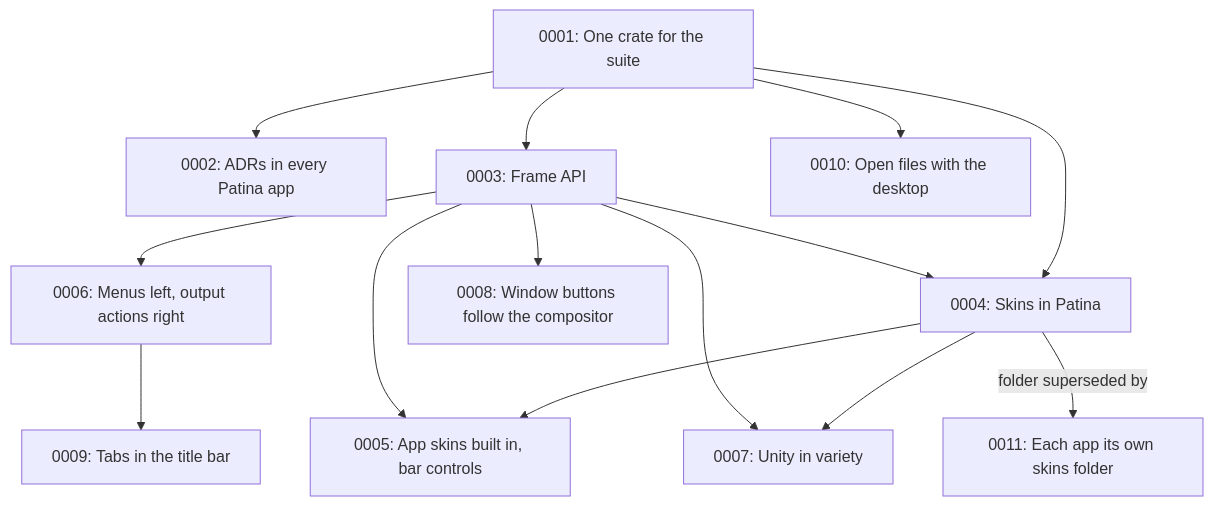
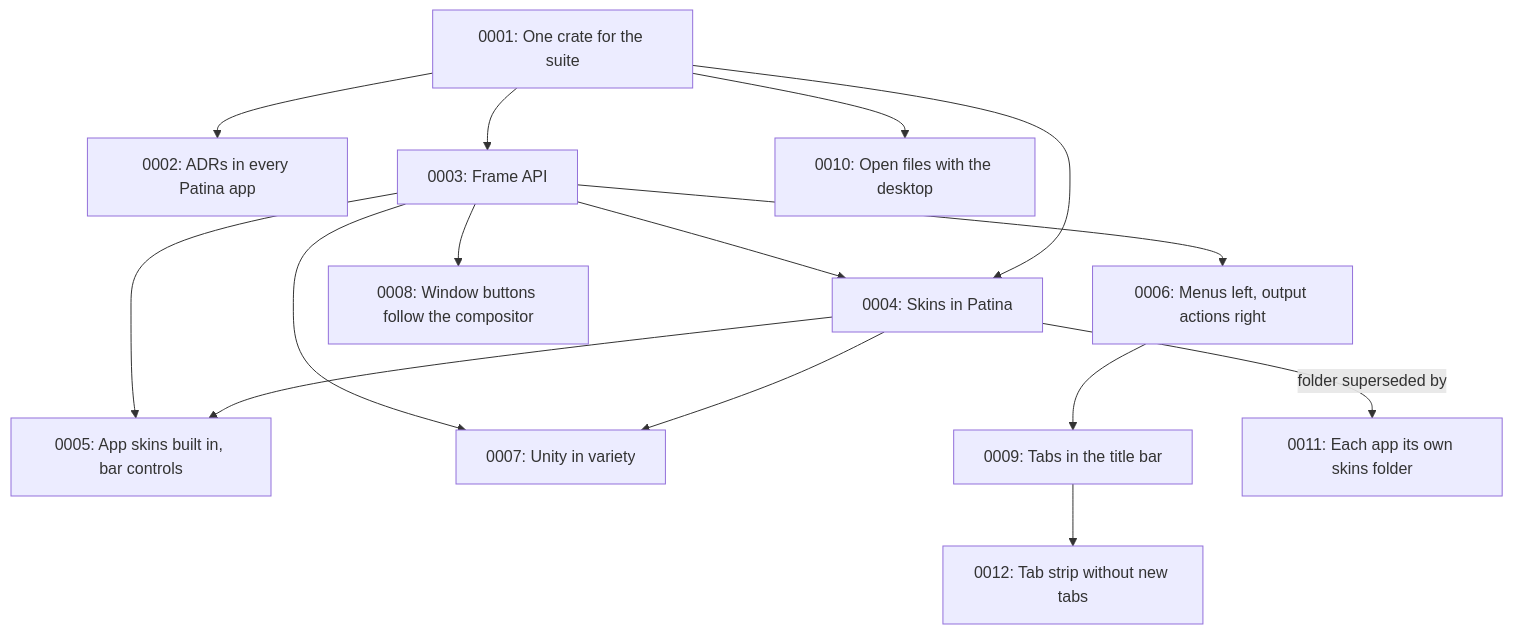
The diagram in docs/adr/README.md (Sector-F-Labs/patina), drawn with Mermaid before and after one commit. The commit also changed other lines of this file and 2 other files, not shown here.

Commit message:
TabStrip: leave out new tabs, and name what a tab is (ADR-0012)
new_tab(false) drops the + tab and the menu's New item; noun("Window")
makes the menu and the close button say Close Window. Both default to
today's behaviour. For the Patina desktop's bar, which lists open
windows as tabs.

````diff
--- a/docs/adr/README.md
+++ b/docs/adr/README.md
@@ -59,16 +60,17 @@
 ```mermaid
 flowchart TD
     A[0001: One crate for the suite] --> B[0002: ADRs in every Patina app]
     A --> C[0003: Frame API]
     A --> D[0004: Skins in Patina]
     C --> D
     D --> E[0005: App skins built in, bar controls]
     C --> F[0006: Menus left, output actions right]
     C --> E
     D --> G[0007: Unity in variety]
     C --> G
     C --> H[0008: Window buttons follow the compositor]
     F --> I[0009: Tabs in the title bar]
     A --> J[0010: Open files with the desktop]
     D -->|folder superseded by| K[0011: Each app its own skins folder]
+    I --> L[0012: Tab strip without new tabs]
 ```
````
